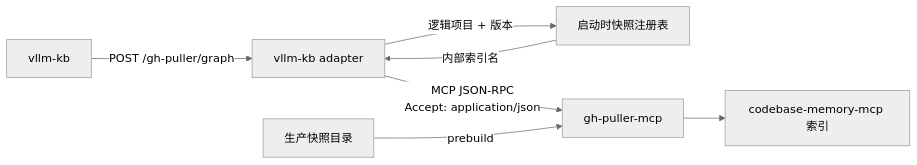
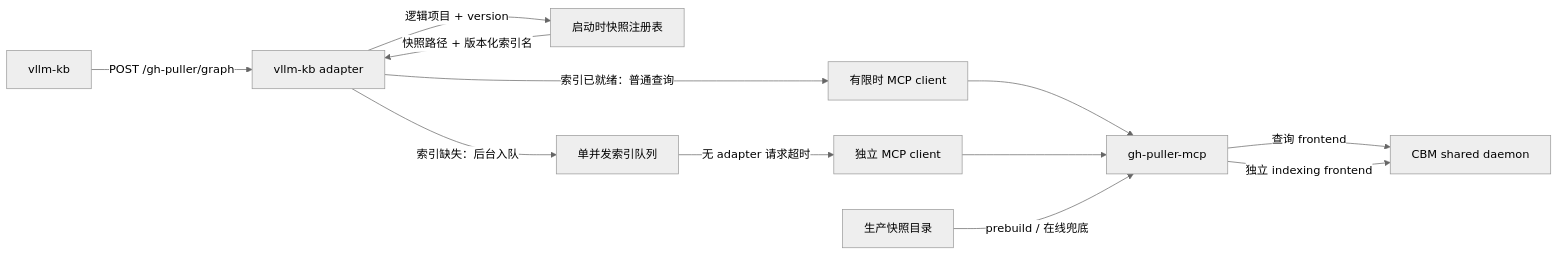
One commit to Delva0/gh-puller changed the diagram in apps/vllm-kb-adapter/README.md. Above: the diagram before and after it, drawn with Mermaid (neutral theme). The commit also changed other lines of this file and 1 other file, not shown here.

````diff
--- a/apps/vllm-kb-adapter/README.md
+++ b/apps/vllm-kb-adapter/README.md
@@ -9,9 +17,14 @@
 ```mermaid
 flowchart LR
     KB[vllm-kb] -->|POST /gh-puller/graph| Adapter[vllm-kb adapter]
-    Adapter -->|逻辑项目 + 版本| Registry[启动时快照注册表]
-    Registry -->|内部索引名| Adapter
-    Adapter -->|MCP JSON-RPC<br/>Accept: application/json| MCP[gh-puller-mcp]
-    MCP --> CBM[codebase-memory-mcp 索引]
-    Snapshots[生产快照目录] -->|prebuild| MCP
+    Adapter -->|逻辑项目 + version| Registry[启动时快照注册表]
+    Registry -->|快照路径 + 版本化索引名| Adapter
+    Adapter -->|索引已就绪：普通查询| Query[有限时 MCP client]
+    Adapter -->|索引缺失：后台入队| Queue[单并发索引队列]
+    Query --> MCP[gh-puller-mcp]
+    Queue -->|无 adapter 请求超时| Index[独立 MCP client]
+    Index --> MCP
+    MCP -->|查询 frontend| CBM[CBM shared daemon]
+    MCP -->|独立 indexing frontend| CBM
+    Snapshots[生产快照目录] -->|prebuild / 在线兜底| MCP
 ```
````
